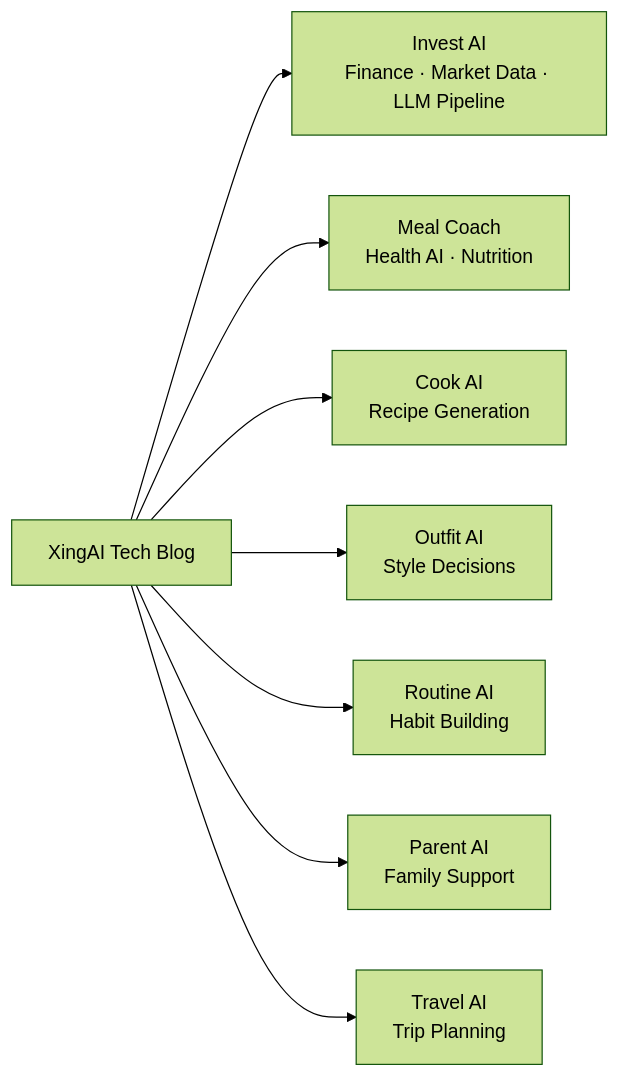
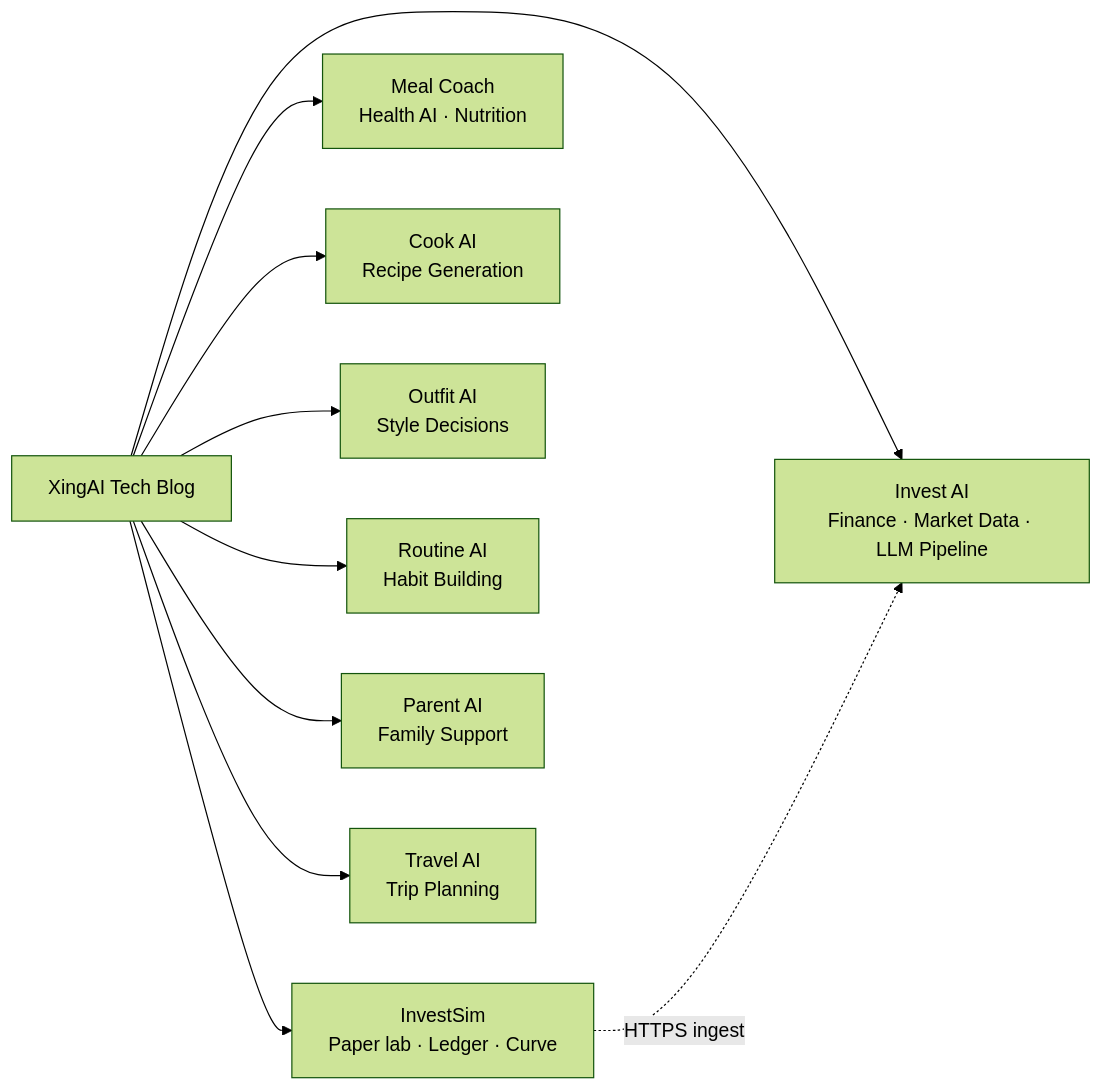
The diagram in README.md (xingaiapp/xingai-tech-blog), drawn with Mermaid (forest theme) before and after one commit. The commit also changed other lines of this file and 1 other file, not shown here.

Commit message:
docs: InvestSim paper lab post and README index

````diff
--- a/README.md
+++ b/README.md
@@ -35,11 +36,13 @@
 ```mermaid
 graph LR
     BLOG["XingAI Tech Blog"]
     BLOG --> INVEST["Invest AI<br/>Finance · Market Data · LLM Pipeline"]
+    BLOG --> INVESTSIM["InvestSim<br/>Paper lab · Ledger · Curve"]
     BLOG --> MEAL["Meal Coach<br/>Health AI · Nutrition"]
     BLOG --> COOK["Cook AI<br/>Recipe Generation"]
     BLOG --> OUTFIT["Outfit AI<br/>Style Decisions"]
     BLOG --> ROUTINE["Routine AI<br/>Habit Building"]
     BLOG --> PARENT["Parent AI<br/>Family Support"]
     BLOG --> TRAVEL["Travel AI<br/>Trip Planning"]
+    INVESTSIM -.->|"HTTPS ingest"| INVEST
 ```
````
